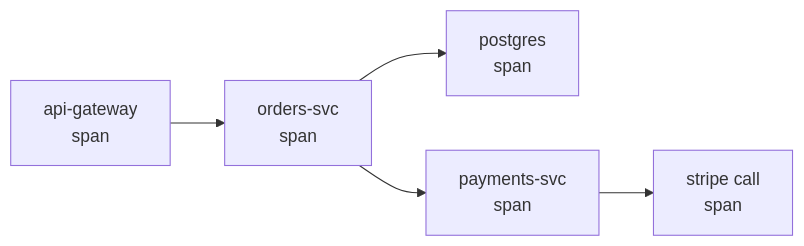
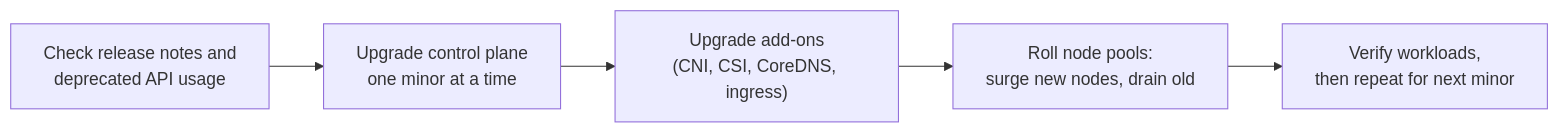
One commit to AndrewAltimit/Documentation changed the sixth of 6 diagrams in github-pages/docs/technology/kubernetes/operations.md. Above: the diagram before and after it, drawn with Mermaid. The commit also changed other lines of this file and 240 other files, not shown here.

````diff
--- a/github-pages/docs/technology/kubernetes/operations.md
+++ b/github-pages/docs/technology/kubernetes/operations.md
@@ -322,7 +575,7 @@
 ```mermaid
 flowchart LR
-    A[api-gateway<br/>span] --> B[orders-svc<br/>span]
-    B --> C[postgres<br/>span]
-    B --> D[payments-svc<br/>span]
-    D --> E[stripe call<br/>span]
+    A["Check release notes and<br/>deprecated API usage"] --> B["Upgrade control plane<br/>one minor at a time"]
+    B --> C["Upgrade add-ons<br/>(CNI, CSI, CoreDNS, ingress)"]
+    C --> D["Roll node pools:<br/>surge new nodes, drain old"]
+    D --> E["Verify workloads,<br/>then repeat for next minor"]
 ```
````
